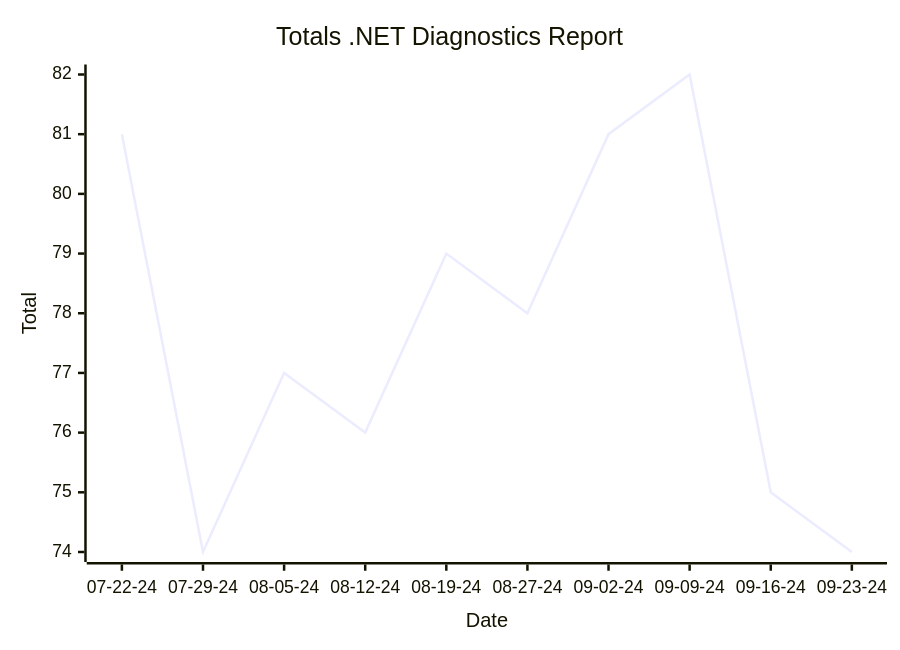
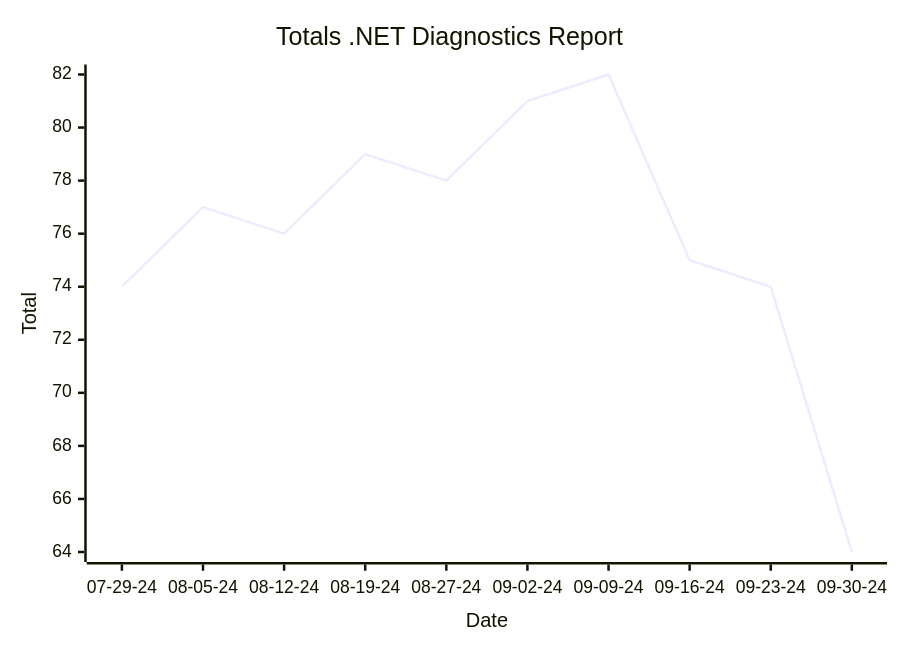
One commit to hoyosjs/gh-issue-tracker changed the first of 2 diagrams in reports/README.md. Above: the diagram before and after it, drawn with Mermaid. The commit also changed other lines of this file and 4 other files, not shown here.

````diff
--- a/reports/README.md
+++ b/reports/README.md
@@ -7,7 +7,7 @@
 ```mermaid
 xychart-beta
   title "Totals .NET Diagnostics Report"
-  x-axis "Date" ["07-22-24", "07-29-24", "08-05-24", "08-12-24", "08-19-24", "08-27-24", "09-02-24", "09-09-24", "09-16-24", "09-23-24"]
+  x-axis "Date" ["07-29-24", "08-05-24", "08-12-24", "08-19-24", "08-27-24", "09-02-24", "09-09-24", "09-16-24", "09-23-24", "09-30-24"]
   y-axis "Total"
-  line [81, 74, 77, 76, 79, 78, 81, 82, 75, 74]
+  line [74, 77, 76, 79, 78, 81, 82, 75, 74, 64]
 ```
````
